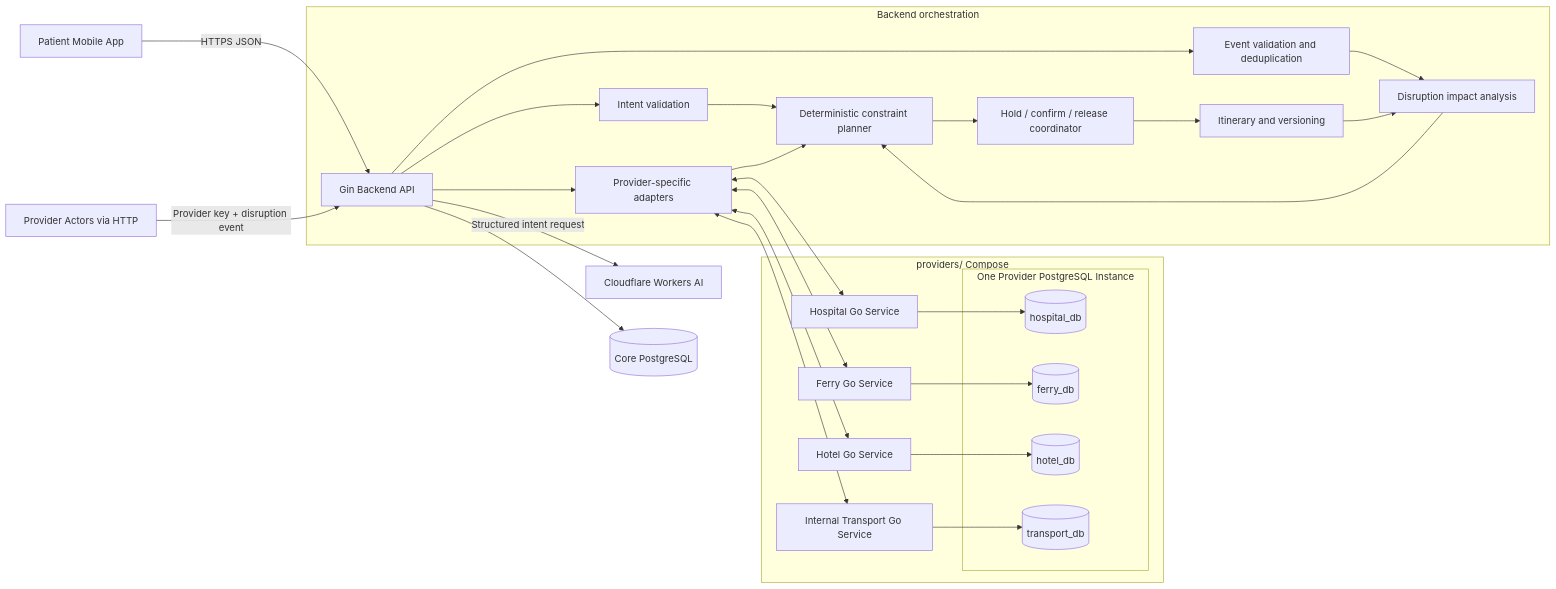
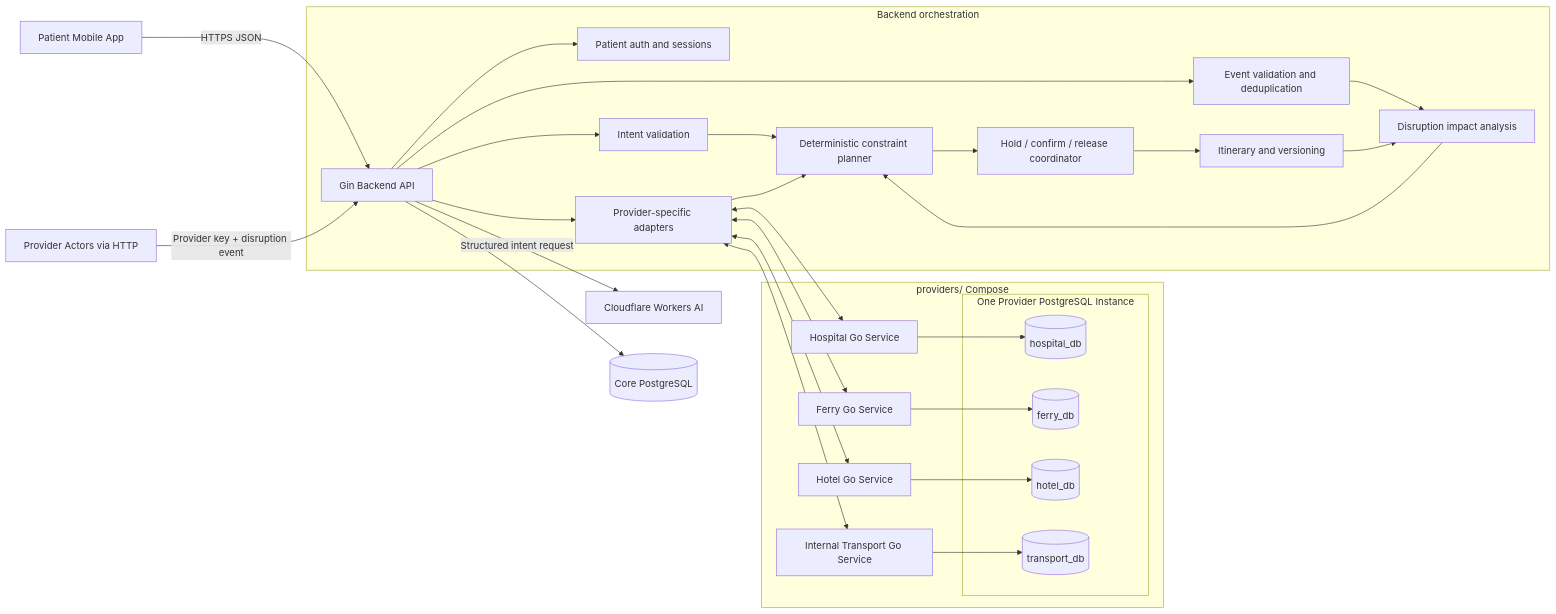
One commit to bayuzzs/batam-medhub changed the diagram in PROJECT_UNDERSTANDING.md. Above: the diagram before and after it, drawn with Mermaid. The commit also changed other lines of this file and 18 other files, not shown here.

````diff
--- a/PROJECT_UNDERSTANDING.md
+++ b/PROJECT_UNDERSTANDING.md
@@ -85,49 +85,50 @@
 ```mermaid
 flowchart LR
     MOBILE[Patient Mobile App]
     ACTORS[Provider Actors via HTTP]
     AI[Cloudflare Workers AI]
     CORE_DB[(Core PostgreSQL)]
 
     subgraph PROVIDERS[providers/ Compose]
         HOSPITAL[Hospital Go Service]
         FERRY[Ferry Go Service]
         HOTEL[Hotel Go Service]
         TRANSPORT[Internal Transport Go Service]
 
         subgraph PROVIDER_DB[One Provider PostgreSQL Instance]
             HOSPITAL_DB[(hospital_db)]
             FERRY_DB[(ferry_db)]
             HOTEL_DB[(hotel_db)]
             TRANSPORT_DB[(transport_db)]
         end
 
         HOSPITAL --> HOSPITAL_DB
         FERRY --> FERRY_DB
         HOTEL --> HOTEL_DB
         TRANSPORT --> TRANSPORT_DB
     end
 
     subgraph BACKEND[Backend orchestration]
         API[Gin Backend API]
+        API --> AUTH[Patient auth and sessions]
         API --> INTENT[Intent validation]
         API --> ADAPTERS[Provider-specific adapters]
         API --> EVENTS[Event validation and deduplication]
         INTENT --> PLANNER[Deterministic constraint planner]
         ADAPTERS --> PLANNER
         EVENTS --> IMPACT[Disruption impact analysis]
         JOURNEY --> IMPACT
         IMPACT --> PLANNER
         PLANNER --> BOOKING[Hold / confirm / release coordinator]
         BOOKING --> JOURNEY[Itinerary and versioning]
     end
 
     MOBILE -->|HTTPS JSON| API
     ACTORS -->|Provider key + disruption event| API
     ADAPTERS <--> HOSPITAL
     ADAPTERS <--> FERRY
     ADAPTERS <--> HOTEL
     ADAPTERS <--> TRANSPORT
     API -->|Structured intent request| AI
     API --> CORE_DB
 ```
````
